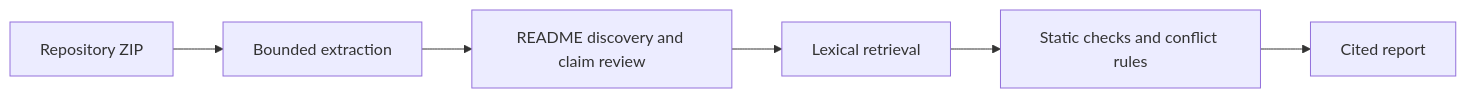
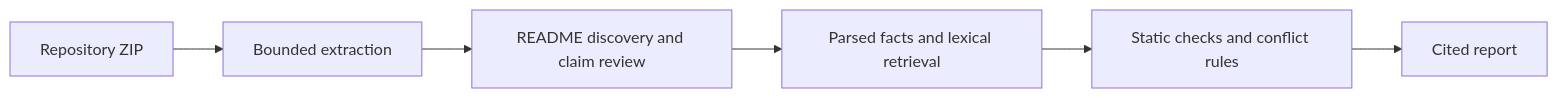
The diagram in docs/architecture.md (TJA0308/Repo-Witness), drawn with Mermaid before and after one commit. The commit also changed other lines of this file and 10 other files, not shown here.

Commit message:
Improve parsed evidence retrieval and add claim revision loop

````diff
--- a/docs/architecture.md
+++ b/docs/architecture.md
@@ -7,8 +7,8 @@
 ```mermaid
 flowchart LR
     A[Repository ZIP] --> B[Bounded extraction]
     B --> C[README discovery and claim review]
-    C --> D[Lexical retrieval]
+    C --> D[Parsed facts and lexical retrieval]
     D --> E[Static checks and conflict rules]
     E --> F[Cited report]
 ```
````
